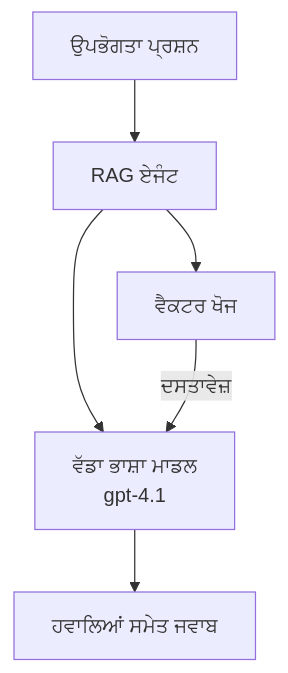
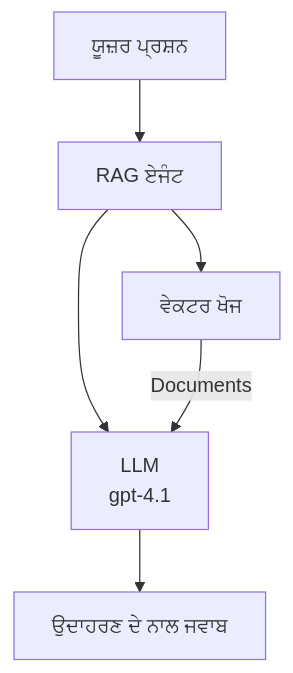
One commit to microsoft/AZD-for-beginners changed the second of 3 diagrams in translations/pa/docs/chapter-02-ai-development/agents.md. Above: the diagram before and after it, drawn with Mermaid. The commit also changed other lines of this file and 59 other files, not shown here.

````diff
--- a/translations/pa/docs/chapter-02-ai-development/agents.md
+++ b/translations/pa/docs/chapter-02-ai-development/agents.md
@@ -181,8 +181,8 @@
 ```mermaid
 graph TD
-    Query[ਉਪਭੋਗਤਾ ਪ੍ਰਸ਼ਨ] --> RAG[RAG ਏਜੰਟ]
-    RAG --> Vector[ਵੈਕਟਰ ਖੋਜ]
-    RAG --> LLM[ਵੱਡਾ ਭਾਸ਼ਾ ਮਾਡਲ<br/>gpt-4.1]
-    Vector -- ਦਸਤਾਵੇਜ਼ --> LLM
-    LLM --> Response[ਹਵਾਲਿਆਂ ਸਮੇਤ ਜਵਾਬ]
+    Query[ਯੂਜ਼ਰ ਪ੍ਰਸ਼ਨ] --> RAG[RAG ਏਜੰਟ]
+    RAG --> Vector[ਵੇਕਟਰ ਖੋਜ]
+    RAG --> LLM[LLM<br/>gpt-4.1]
+    Vector -- Documents --> LLM
+    LLM --> Response[ਉਦਾਹਰਣ ਦੇ ਨਾਲ ਜਵਾਬ]
 ```
````
